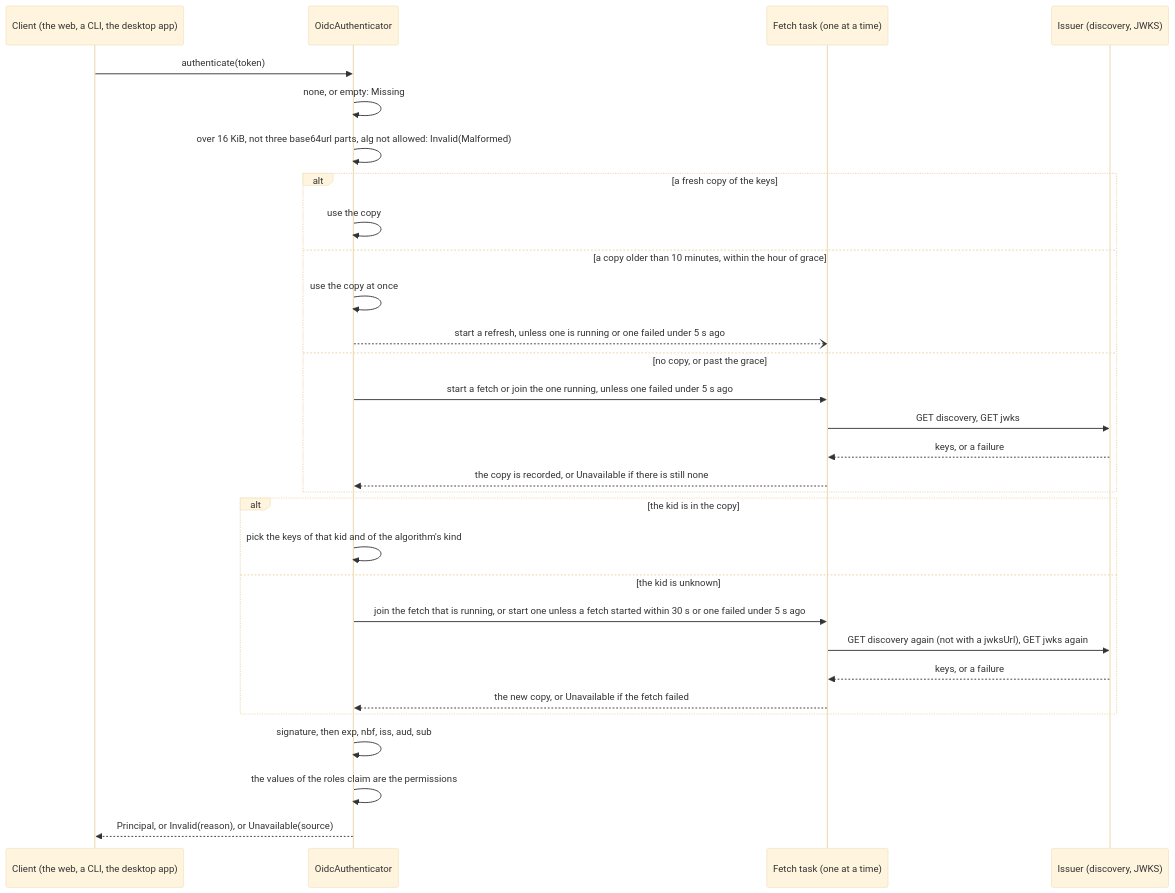
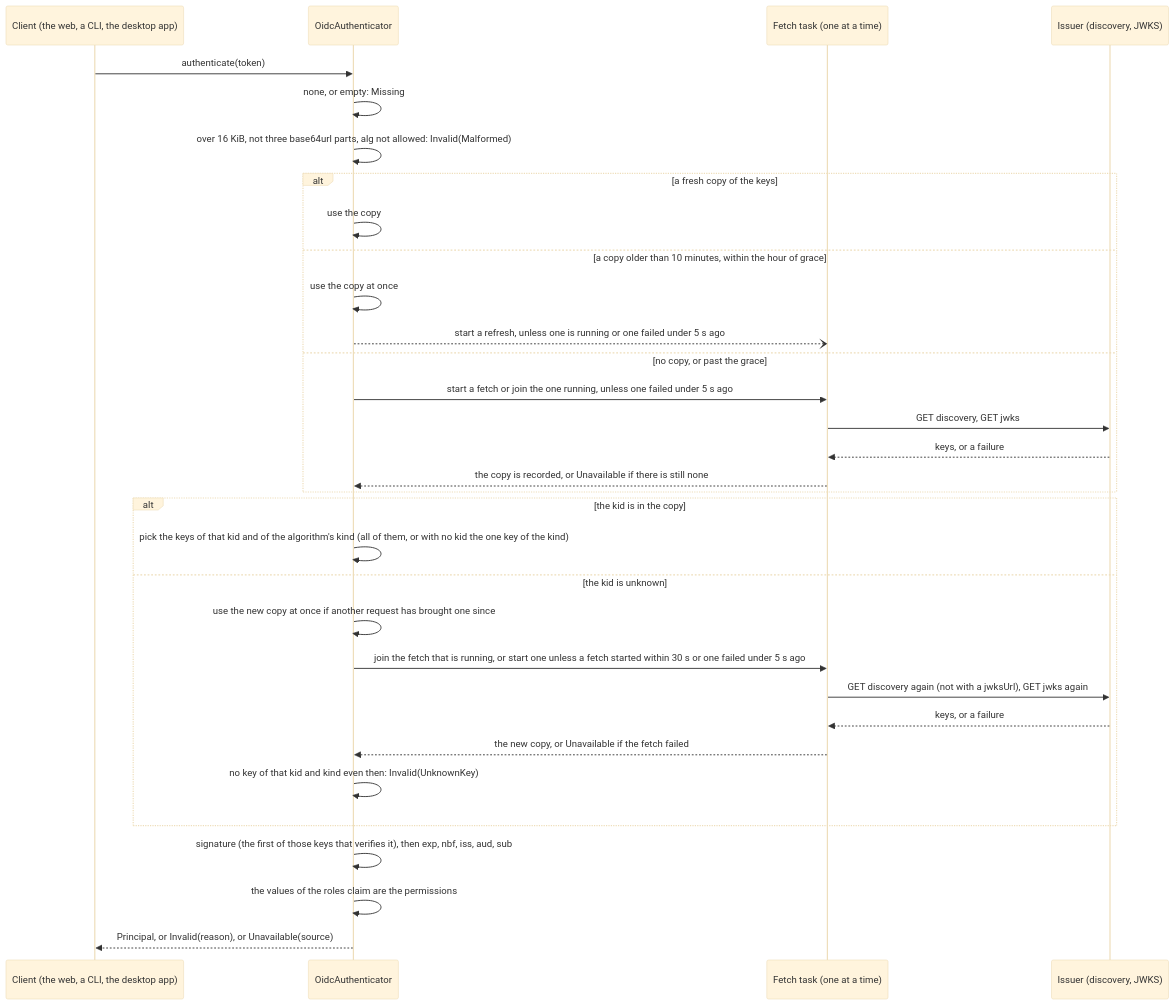
One commit to vymalo/another-agentic-platform changed the first of 2 diagrams in crates/auth-oidc/README.md. Above: the diagram before and after it, drawn with Mermaid (base theme). The commit also changed other lines of this file, not shown here.

````diff
--- a/crates/auth-oidc/README.md
+++ b/crates/auth-oidc/README.md
@@ -32,32 +32,34 @@
 ```mermaid
 sequenceDiagram
   participant C as Client (the web, a CLI, the desktop app)
   participant A as OidcAuthenticator
   participant F as Fetch task (one at a time)
   participant I as Issuer (discovery, JWKS)
   C->>A: authenticate(token)
   A->>A: none, or empty: Missing
   A->>A: over 16 KiB, not three base64url parts, alg not allowed: Invalid(Malformed)
   alt a fresh copy of the keys
     A->>A: use the copy
   else a copy older than 10 minutes, within the hour of grace
     A->>A: use the copy at once
     A--)F: start a refresh, unless one is running or one failed under 5 s ago
   else no copy, or past the grace
     A->>F: start a fetch or join the one running, unless one failed under 5 s ago
     F->>I: GET discovery, GET jwks
     I-->>F: keys, or a failure
     F-->>A: the copy is recorded, or Unavailable if there is still none
   end
   alt the kid is in the copy
-    A->>A: pick the keys of that kid and of the algorithm's kind
+    A->>A: pick the keys of that kid and of the algorithm's kind (all of them, or with no kid the one key of the kind)
   else the kid is unknown
+    A->>A: use the new copy at once if another request has brought one since
     A->>F: join the fetch that is running, or start one unless a fetch started within 30 s or one failed under 5 s ago
     F->>I: GET discovery again (not with a jwksUrl), GET jwks again
     I-->>F: keys, or a failure
     F-->>A: the new copy, or Unavailable if the fetch failed
+    A->>A: no key of that kid and kind even then: Invalid(UnknownKey)
   end
-  A->>A: signature, then exp, nbf, iss, aud, sub
+  A->>A: signature (the first of those keys that verifies it), then exp, nbf, iss, aud, sub
   A->>A: the values of the roles claim are the permissions
   A-->>C: Principal, or Invalid(reason), or Unavailable(source)
 ```
````
